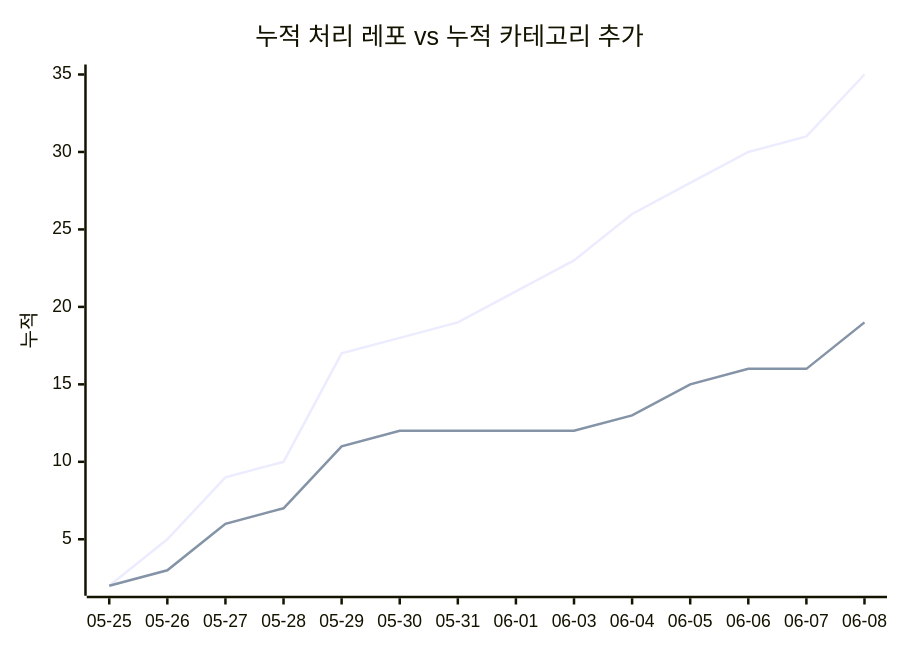
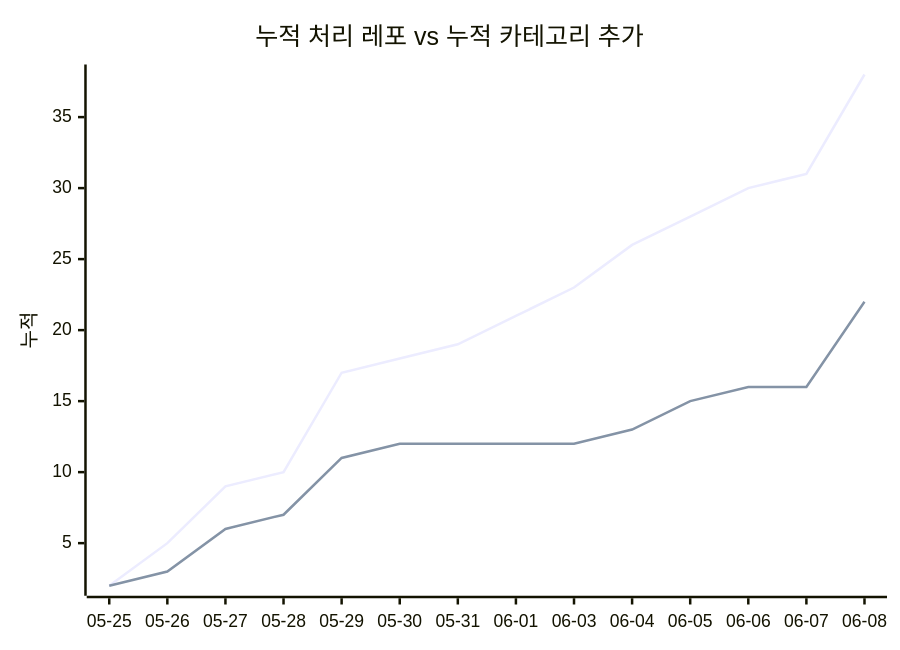
The second of 2 diagrams in docs/trends.md (J-nowcow/awesome-korean-agent-skills), drawn with Mermaid before and after one commit. The commit also changed other lines of this file and 6 other files, not shown here.

````diff
--- a/docs/trends.md
+++ b/docs/trends.md
@@ -68,8 +68,8 @@
 ```mermaid
 xychart-beta
     title "누적 처리 레포 vs 누적 카테고리 추가"
     x-axis ["05-25","05-26","05-27","05-28","05-29","05-30","05-31","06-01","06-03","06-04","06-05","06-06","06-07","06-08"]
     y-axis "누적"
-    line [2,5,9,10,17,18,19,21,23,26,28,30,31,35]
-    line [2,3,6,7,11,12,12,12,12,13,15,16,16,19]
+    line [2,5,9,10,17,18,19,21,23,26,28,30,31,38]
+    line [2,3,6,7,11,12,12,12,12,13,15,16,16,22]
 ```
````
